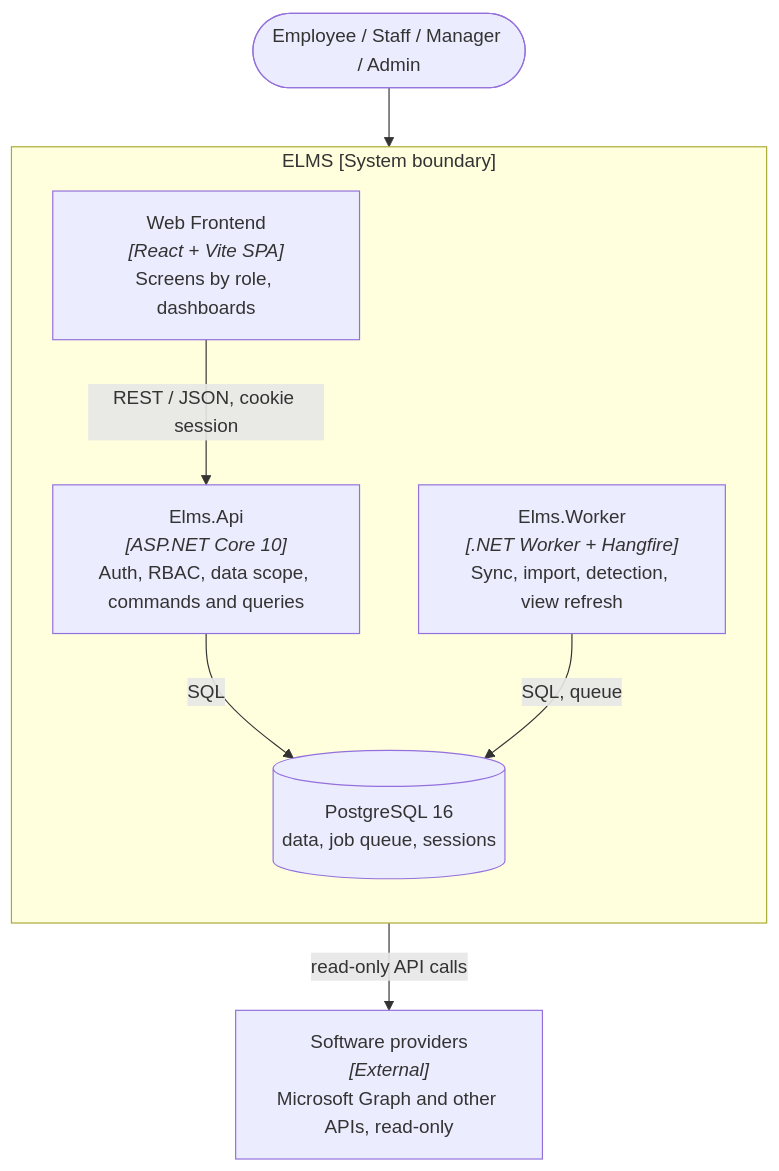
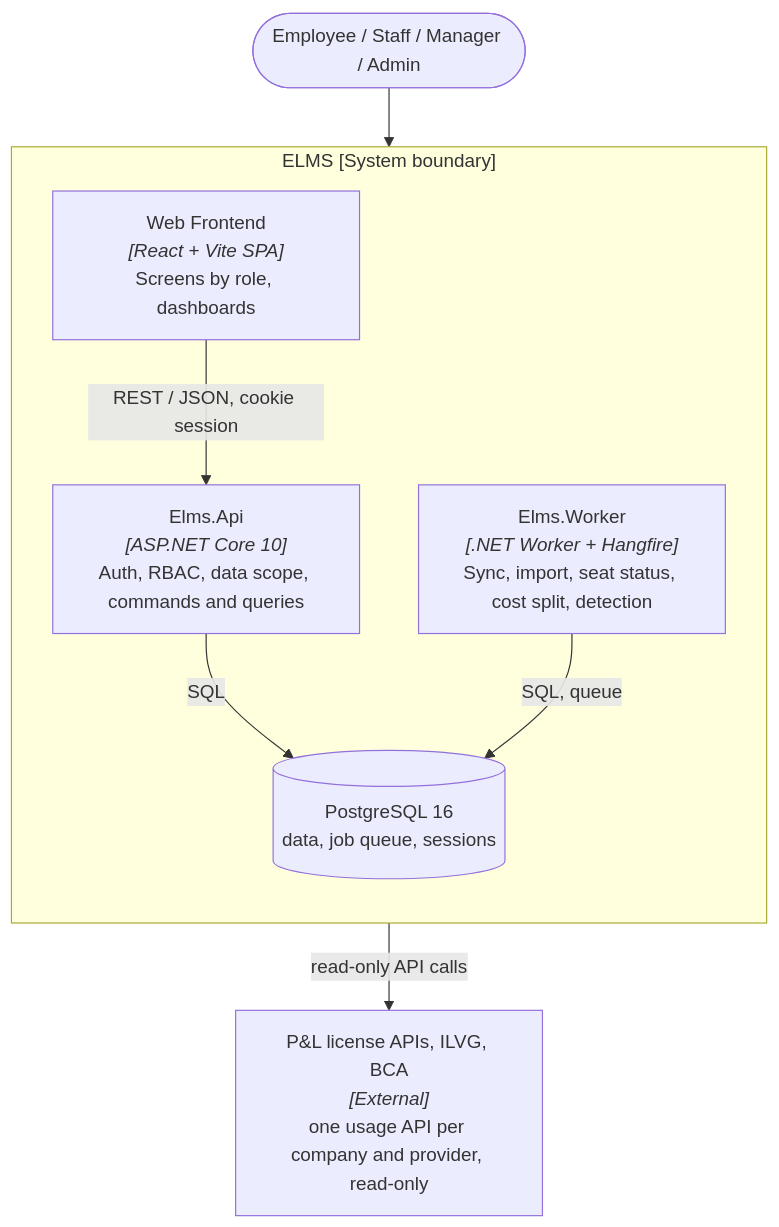
The diagram in docs/05-folder-structure.md (cuonglpv/VFast), drawn with Mermaid before and after one commit. The commit also changed other lines of this file and 47 other files, not shown here.

````diff
--- a/docs/05-folder-structure.md
+++ b/docs/05-folder-structure.md
@@ -67,17 +71,17 @@
 ```mermaid
 flowchart TB
     people(["Employee / Staff / Manager / Admin"])
-    providers["Software providers<br/><i>[External]</i><br/>Microsoft Graph and other APIs, read-only"]
+    providers["P&L license APIs, ILVG, BCA<br/><i>[External]</i><br/>one usage API per company and provider, read-only"]
     subgraph platform["ELMS [System boundary]"]
         direction TB
         web["Web Frontend<br/><i>[React + Vite SPA]</i><br/>Screens by role, dashboards"]
         api["Elms.Api<br/><i>[ASP.NET Core 10]</i><br/>Auth, RBAC, data scope, commands and queries"]
-        worker["Elms.Worker<br/><i>[.NET Worker + Hangfire]</i><br/>Sync, import, detection, view refresh"]
+        worker["Elms.Worker<br/><i>[.NET Worker + Hangfire]</i><br/>Sync, import, seat status, cost split, detection"]
         db[("PostgreSQL 16<br/>data, job queue, sessions")]
     end
     people --> web
     web -- "REST / JSON, cookie session" --> api
     api -- "SQL" --> db
     worker -- "SQL, queue" --> db
     worker -- "read-only API calls" --> providers
 ```
````
